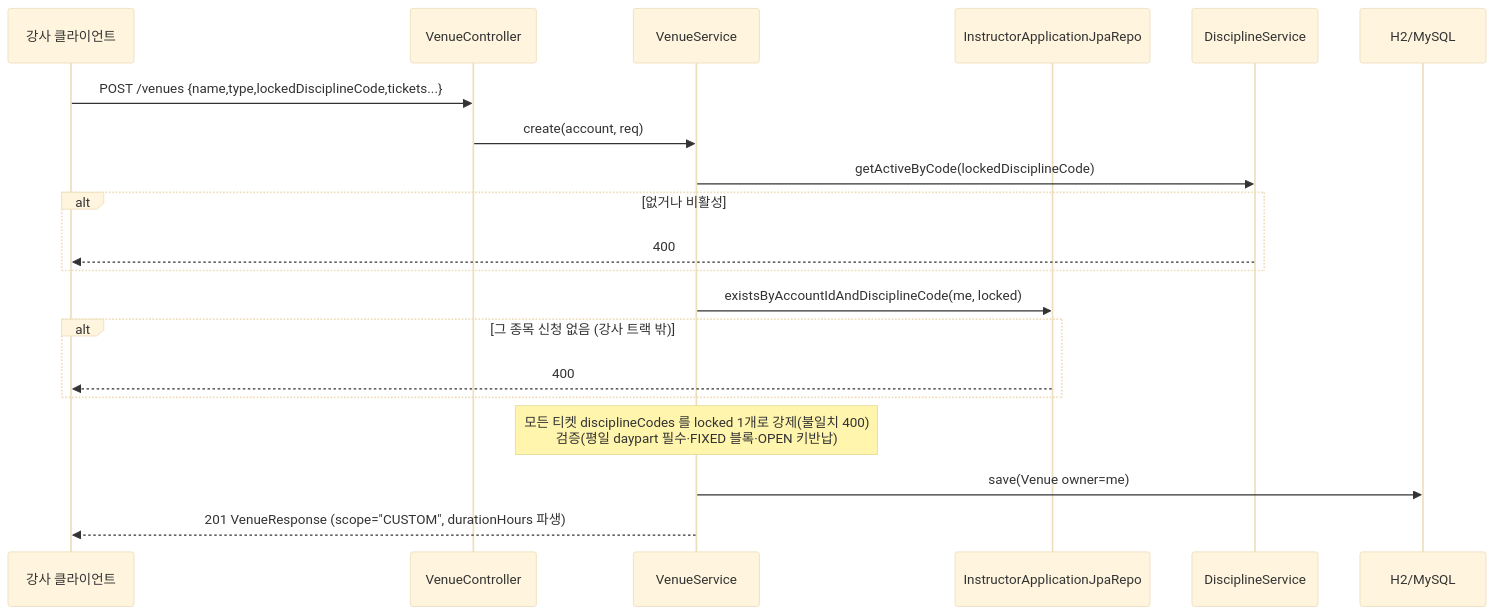
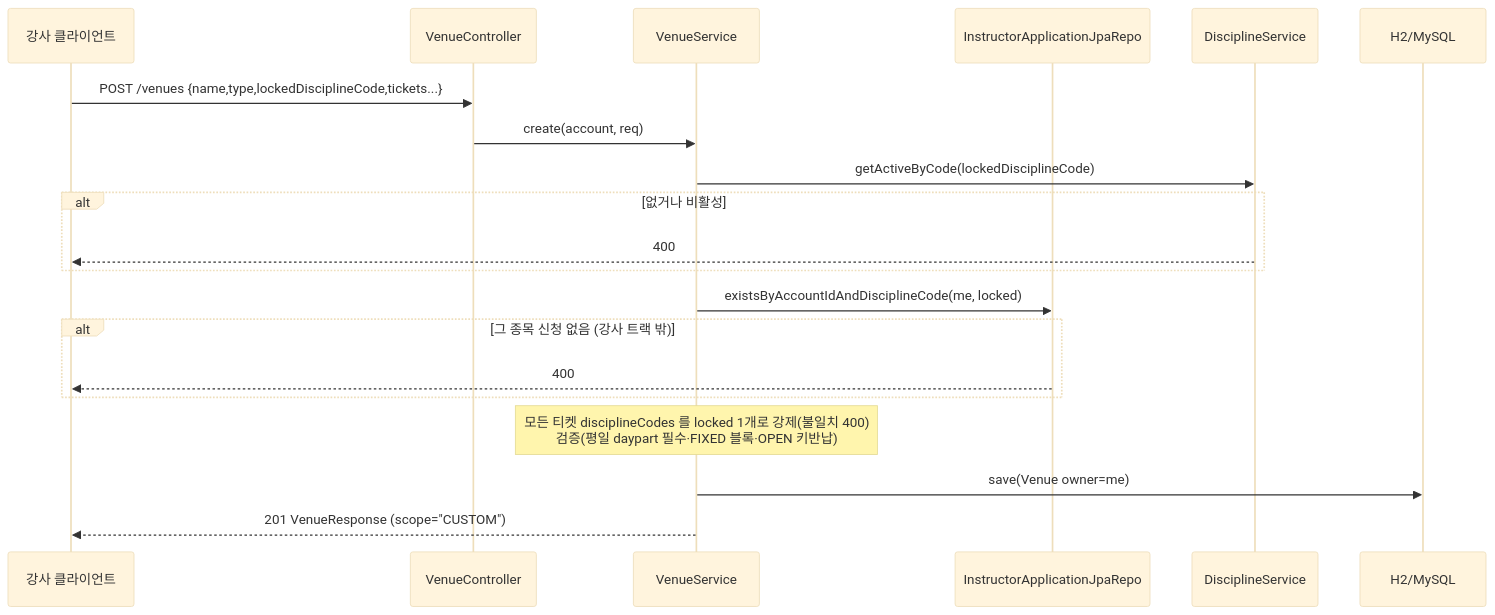
Before and after one commit to pungdong/Pungdong-Backend: the second of 5 diagrams in docs/architecture/venue.md, drawn with Mermaid (base theme). The commit also changed other lines of this file and 6 other files, not shown here.

First line of the commit message:
Fix: venue 이용권 durationHours(자동 파생 이용시간) 제거

````diff
--- a/docs/architecture/venue.md
+++ b/docs/architecture/venue.md
@@ -66,23 +66,23 @@
 ```mermaid
 sequenceDiagram
   participant FE as 강사 클라이언트
   participant VC as VenueController
   participant VS as VenueService
   participant AR as InstructorApplicationJpaRepo
   participant DS as DisciplineService
   participant DB as H2/MySQL
 
   FE->>VC: POST /venues {name,type,lockedDisciplineCode,tickets...}
   VC->>VS: create(account, req)
   VS->>DS: getActiveByCode(lockedDisciplineCode)
   alt 없거나 비활성
     DS-->>FE: 400
   end
   VS->>AR: existsByAccountIdAndDisciplineCode(me, locked)
   alt 그 종목 신청 없음 (강사 트랙 밖)
     AR-->>FE: 400
   end
   Note over VS: 모든 티켓 disciplineCodes 를 locked 1개로 강제(불일치 400)<br/>검증(평일 daypart 필수·FIXED 블록·OPEN 키반납)
   VS->>DB: save(Venue owner=me)
-  VS-->>FE: 201 VenueResponse (scope="CUSTOM", durationHours 파생)
+  VS-->>FE: 201 VenueResponse (scope="CUSTOM")
 ```
````
